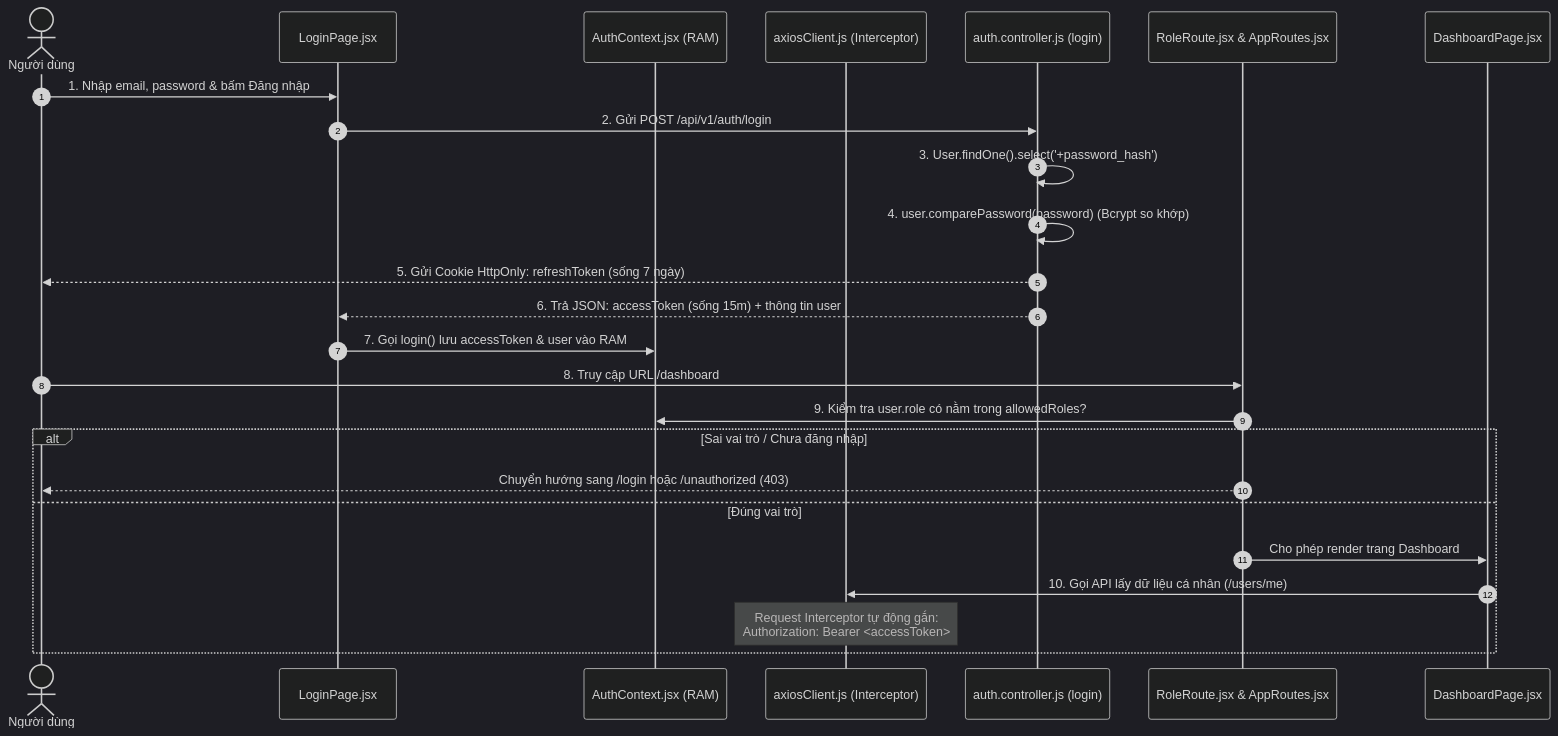
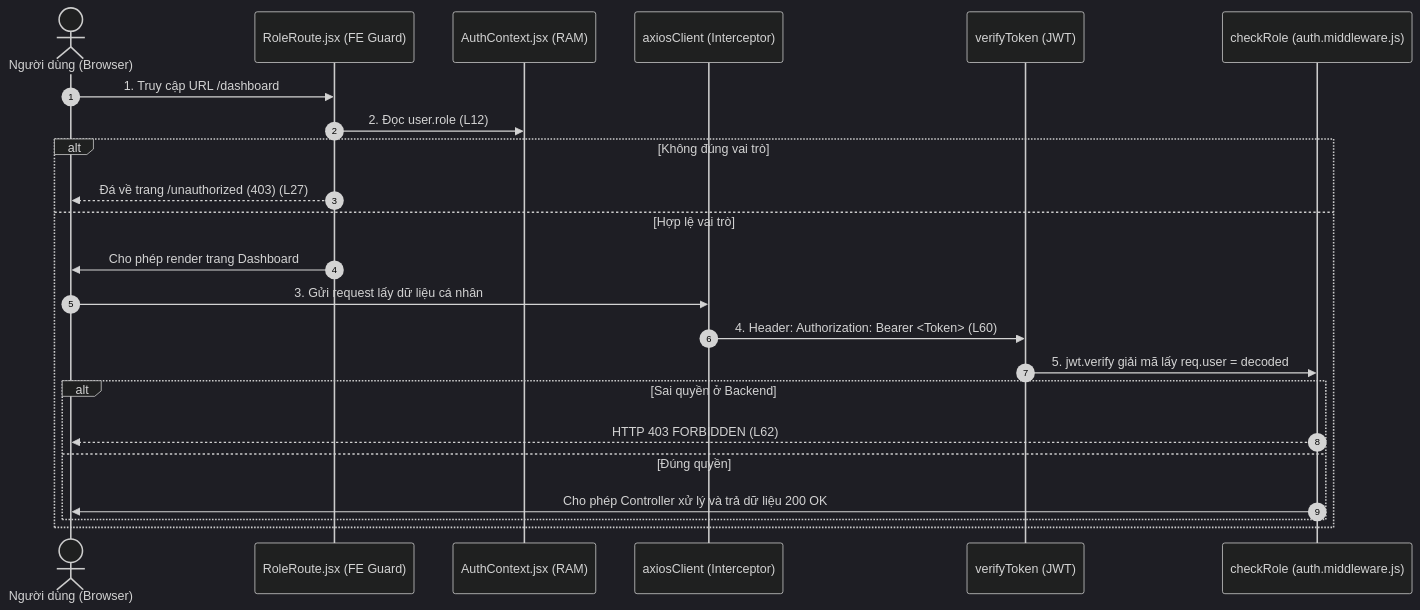
The second of 2 diagrams in BAO_CAO_VA_TRA_LOI_PHAN_BIEN.md (hoangtuvungcao/ket_noi_hv_gv), drawn with Mermaid (dark theme) before and after one commit. The commit also changed other lines of this file and 4 other files, not shown here.

````diff
--- a/BAO_CAO_VA_TRA_LOI_PHAN_BIEN.md
+++ b/BAO_CAO_VA_TRA_LOI_PHAN_BIEN.md
@@ -54,28 +57,26 @@
 ```mermaid
 sequenceDiagram
     autonumber
-    actor User as Người dùng
-    participant LoginPage as LoginPage.jsx
+    actor User as Người dùng (Browser)
+    participant RoleRoute as RoleRoute.jsx (FE Guard)
     participant AuthContext as AuthContext.jsx (RAM)
-    participant Axios as axiosClient.js (Interceptor)
-    participant BE_Auth as auth.controller.js (login)
-    participant Guard as RoleRoute.jsx & AppRoutes.jsx
-    participant Dashboard as DashboardPage.jsx
+    participant Axios as axiosClient (Interceptor)
+    participant BE_Verify as verifyToken (JWT)
+    participant BE_Role as checkRole (auth.middleware.js)
 
-    User->>LoginPage: 1. Nhập email, password & bấm Đăng nhập
-    LoginPage->>BE_Auth: 2. Gửi POST /api/v1/auth/login
-    BE_Auth->>BE_Auth: 3. User.findOne().select('+password_hash')
-    BE_Auth->>BE_Auth: 4. user.comparePassword(password) (Bcrypt so khớp)
-    BE_Auth-->>User: 5. Gửi Cookie HttpOnly: refreshToken (sống 7 ngày)
-    BE_Auth-->>LoginPage: 6. Trả JSON: accessToken (sống 15m) + thông tin user
-    LoginPage->>AuthContext: 7. Gọi login() lưu accessToken & user vào RAM
-    User->>Guard: 8. Truy cập URL /dashboard
-    Guard->>AuthContext: 9. Kiểm tra user.role có nằm trong allowedRoles?
-    alt Sai vai trò / Chưa đăng nhập
-        Guard-->>User: Chuyển hướng sang /login hoặc /unauthorized (403)
-    else Đúng vai trò
-        Guard->>Dashboard: Cho phép render trang Dashboard
-        Dashboard->>Axios: 10. Gọi API lấy dữ liệu cá nhân (/users/me)
-        Note over Axios: Request Interceptor tự động gắn:<br/>Authorization: Bearer <accessToken>
+    User->>RoleRoute: 1. Truy cập URL /dashboard
+    RoleRoute->>AuthContext: 2. Đọc user.role (L12)
+    alt Không đúng vai trò
+        RoleRoute-->>User: Đá về trang /unauthorized (403) (L27)
+    else Hợp lệ vai trò
+        RoleRoute->>User: Cho phép render trang Dashboard
+        User->>Axios: 3. Gửi request lấy dữ liệu cá nhân
+        Axios->>BE_Verify: 4. Header: Authorization: Bearer <Token> (L60)
+        BE_Verify->>BE_Role: 5. jwt.verify giải mã lấy req.user = decoded
+        alt Sai quyền ở Backend
+            BE_Role-->>User: HTTP 403 FORBIDDEN (L62)
+        else Đúng quyền
+            BE_Role->>User: Cho phép Controller xử lý và trả dữ liệu 200 OK
+        end
     end
 ```
````
